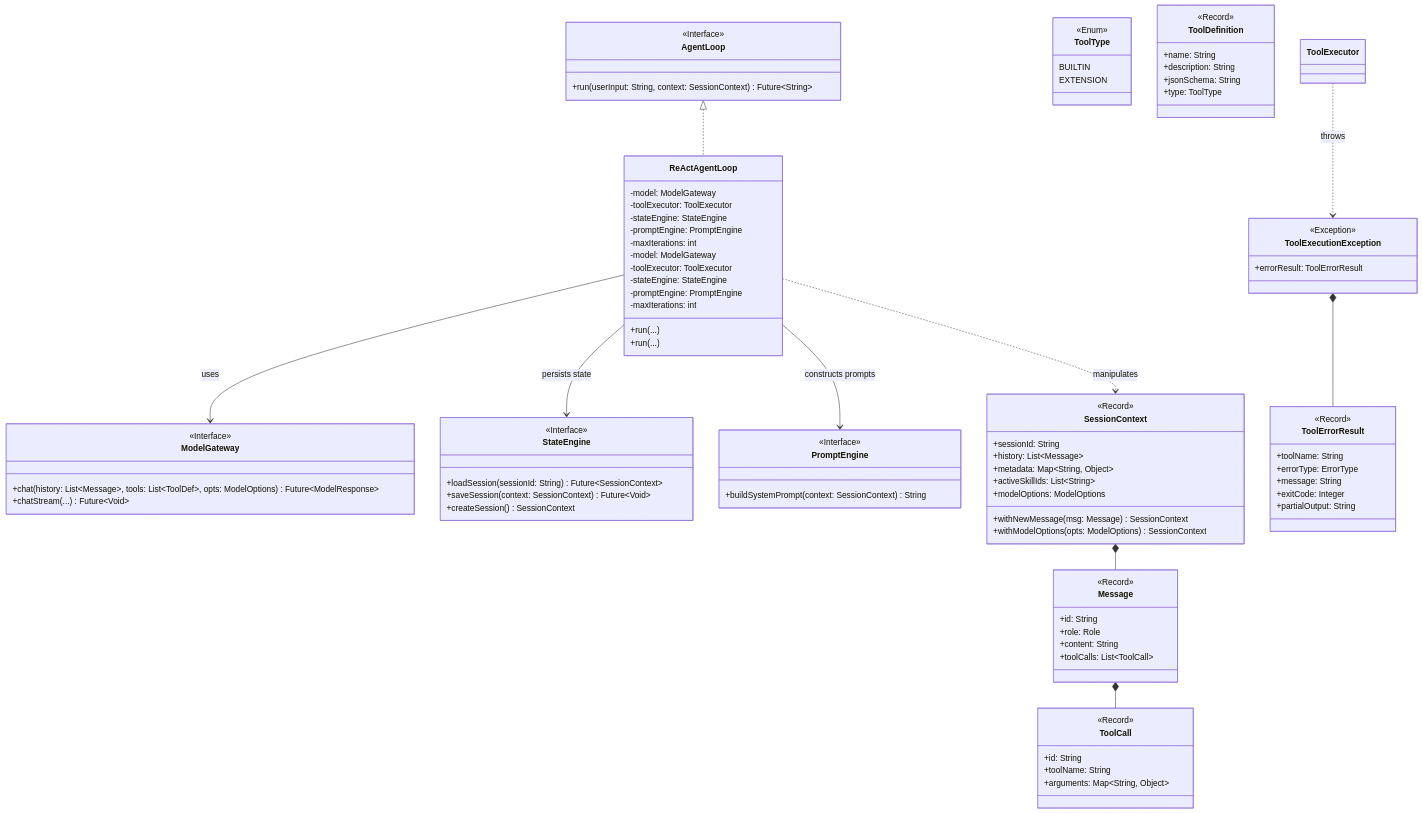
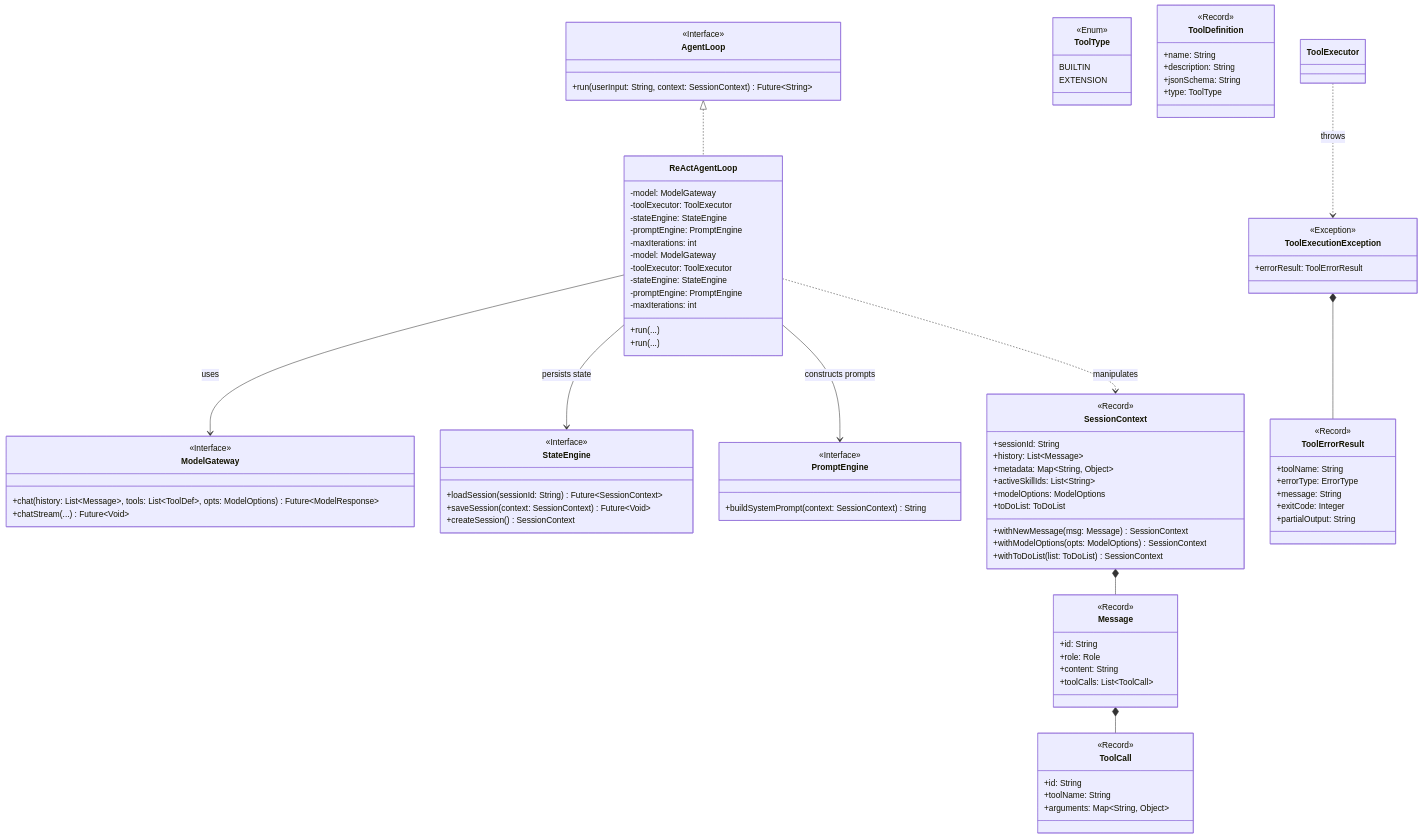
Before and after one commit to stream-iori/ganglia: the first of 3 diagrams in docs/CORE_KERNEL_DESIGN.md, drawn with Mermaid. The commit also changed 21 other files, not shown here.

Commit message:
feat: implement Plan & ToDo tools and update session context

```diff
--- a/docs/CORE_KERNEL_DESIGN.md
+++ b/docs/CORE_KERNEL_DESIGN.md
@@ -53,8 +53,10 @@
         +metadata: Map~String, Object~
         +activeSkillIds: List~String~
         +modelOptions: ModelOptions
+        +toDoList: ToDoList
         +withNewMessage(msg: Message) SessionContext
         +withModelOptions(opts: ModelOptions) SessionContext
+        +withToDoList(list: ToDoList) SessionContext
     }
     
     class ReActAgentLoop {
```
